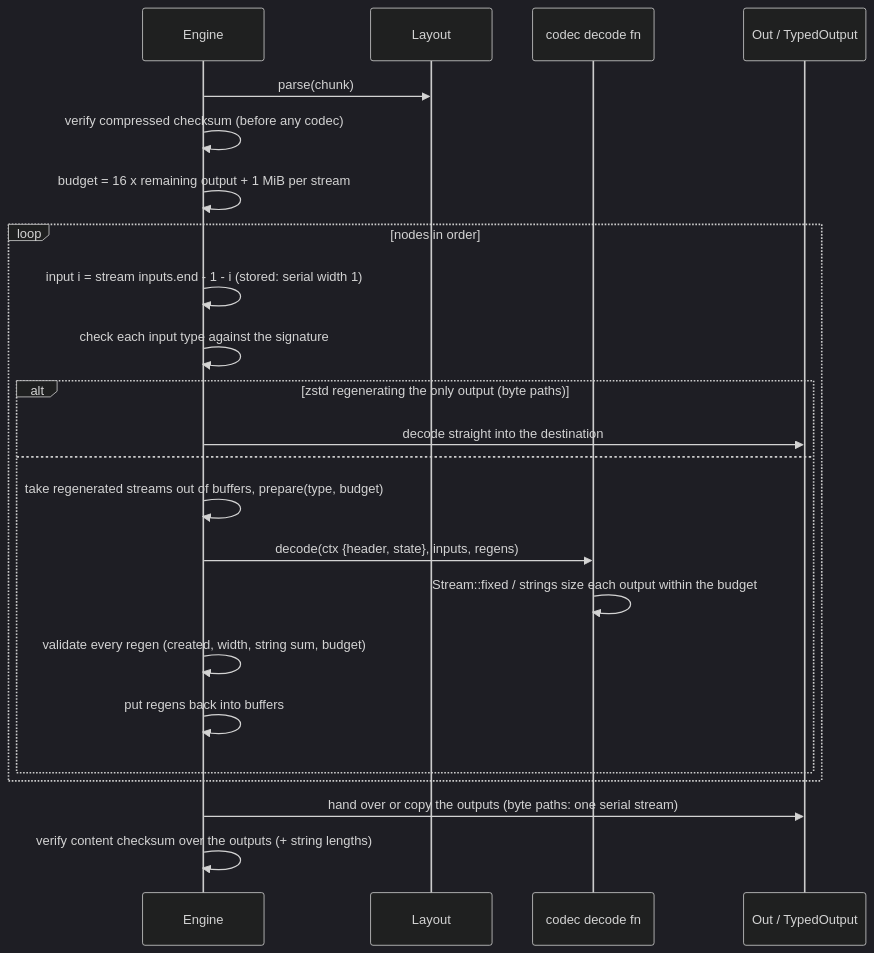
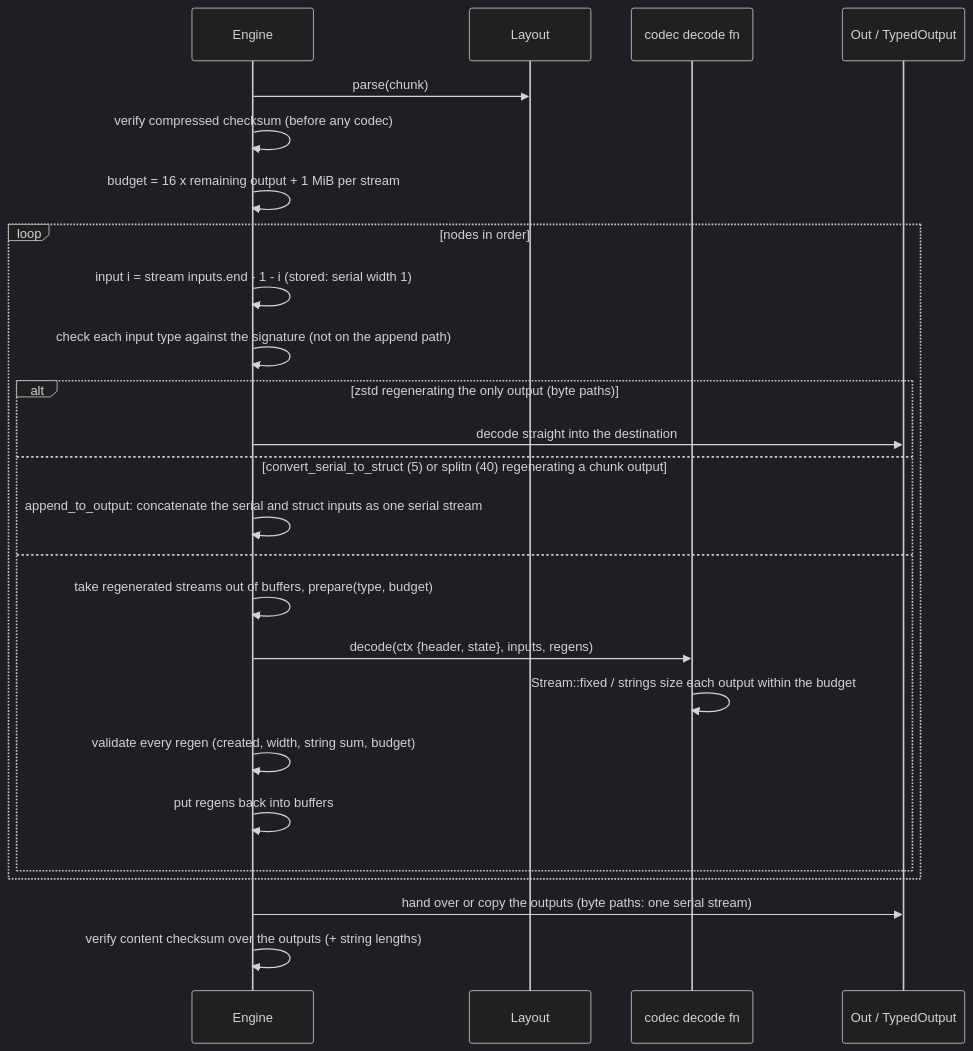
One commit to M-Compressors/mopenzl changed the third of 9 diagrams in architecture/decompressor.md. Above: the diagram before and after it, drawn with Mermaid (dark theme). The commit also changed other lines of this file and 16 other files, not shown here.

````diff
--- a/architecture/decompressor.md
+++ b/architecture/decompressor.md
@@ -94,25 +94,27 @@
 ```mermaid
 sequenceDiagram
     participant E as Engine
     participant L as Layout
     participant C as codec decode fn
     participant O as Out / TypedOutput
     E->>L: parse(chunk)
     E->>E: verify compressed checksum (before any codec)
     E->>E: budget = 16 x remaining output + 1 MiB per stream
     loop nodes in order
         E->>E: input i = stream inputs.end - 1 - i (stored: serial width 1)
-        E->>E: check each input type against the signature
+        E->>E: check each input type against the signature (not on the append path)
         alt zstd regenerating the only output (byte paths)
             E->>O: decode straight into the destination
+        else convert_serial_to_struct (5) or splitn (40) regenerating a chunk output
+            E->>E: append_to_output: concatenate the serial and struct inputs as one serial stream
         else
             E->>E: take regenerated streams out of buffers, prepare(type, budget)
             E->>C: decode(ctx {header, state}, inputs, regens)
             C->>C: Stream::fixed / strings size each output within the budget
             E->>E: validate every regen (created, width, string sum, budget)
             E->>E: put regens back into buffers
         end
     end
     E->>O: hand over or copy the outputs (byte paths: one serial stream)
     E->>E: verify content checksum over the outputs (+ string lengths)
 ```
````
